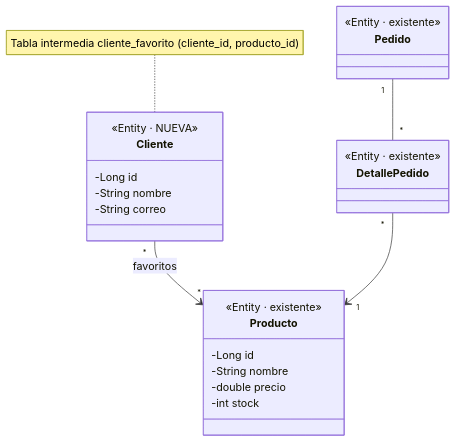
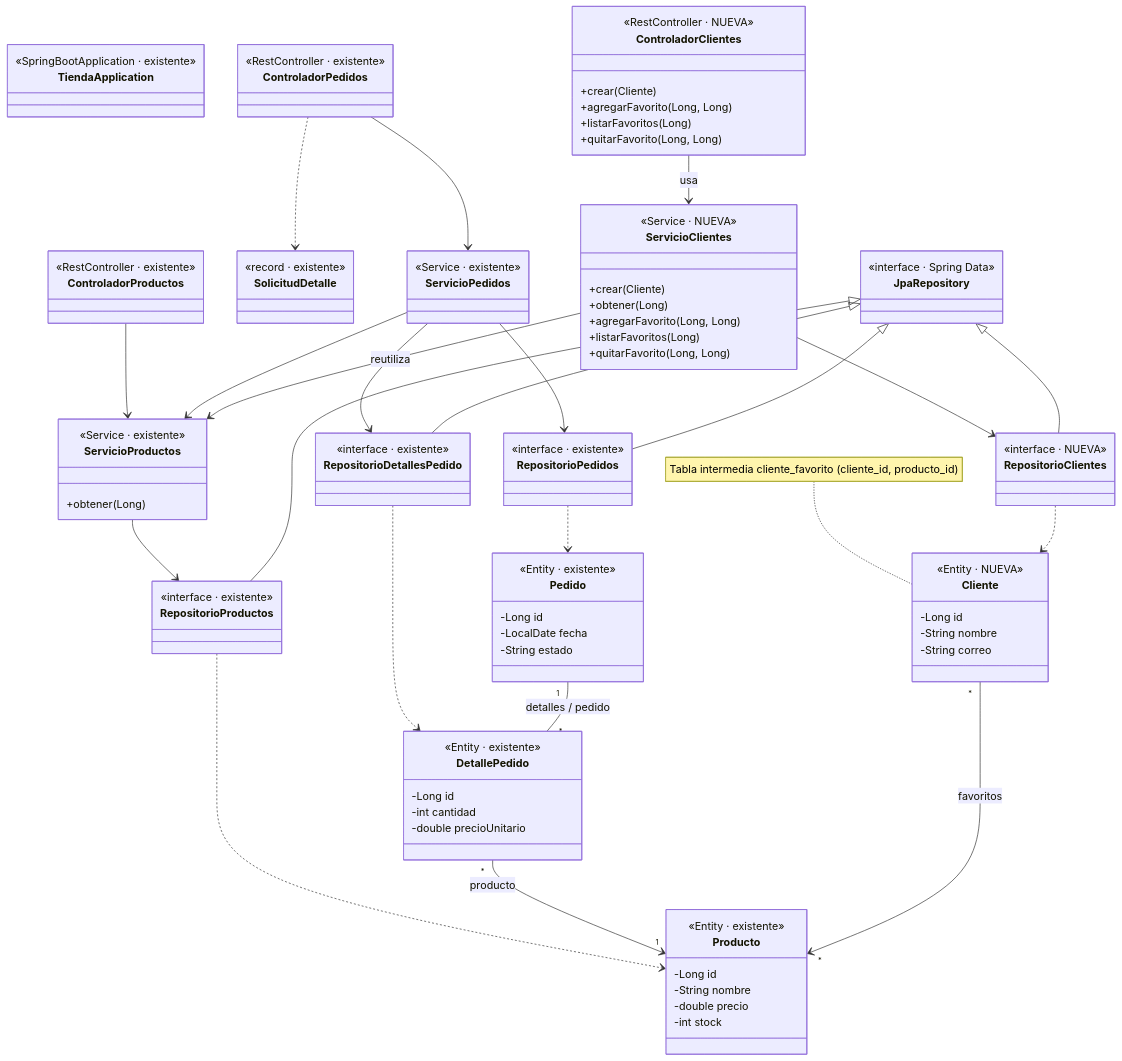
The diagram in generador-cursos/curso-spring-boot/guias/modulo-03-04/04-guia-tienda-3-muchos-a-muchos.md (crodrigr/skill-spring-boot), drawn with Mermaid before and after one commit. The commit also changed other lines of this file and 2 other files, not shown here.

````diff
--- a/generador-cursos/curso-spring-boot/guias/modulo-03-04/04-guia-tienda-3-muchos-a-muchos.md
+++ b/generador-cursos/curso-spring-boot/guias/modulo-03-04/04-guia-tienda-3-muchos-a-muchos.md
@@ -12,10 +12,18 @@
 ```mermaid
 classDiagram
-    class Cliente {
-        <<Entity · NUEVA>>
-        -Long id
-        -String nombre
-        -String correo
+    direction TB
+    class TiendaApplication {
+        <<SpringBootApplication · existente>>
+    }
+    class ControladorProductos {
+        <<RestController · existente>>
+    }
+    class ServicioProductos {
+        <<Service · existente>>
+        +obtener(Long)
+    }
+    class RepositorioProductos {
+        <<interface · existente>>
     }
     class Producto {
         <<Entity · existente>>
@@ -24,14 +32,81 @@
         -double precio
         -int stock
     }
+    class ControladorPedidos {
+        <<RestController · existente>>
+    }
+    class SolicitudDetalle {
+        <<record · existente>>
+    }
+    class ServicioPedidos {
+        <<Service · existente>>
+    }
+    class RepositorioPedidos {
+        <<interface · existente>>
+    }
+    class RepositorioDetallesPedido {
+        <<interface · existente>>
+    }
     class Pedido {
         <<Entity · existente>>
+        -Long id
+        -LocalDate fecha
+        -String estado
     }
     class DetallePedido {
         <<Entity · existente>>
+        -Long id
+        -int cantidad
+        -double precioUnitario
     }
+    class ControladorClientes {
+        <<RestController · NUEVA>>
+        +crear(Cliente)
+        +agregarFavorito(Long, Long)
+        +listarFavoritos(Long)
+        +quitarFavorito(Long, Long)
+    }
+    class ServicioClientes {
+        <<Service · NUEVA>>
+        +crear(Cliente)
+        +obtener(Long)
+        +agregarFavorito(Long, Long)
+        +listarFavoritos(Long)
+        +quitarFavorito(Long, Long)
+    }
+    class RepositorioClientes {
+        <<interface · NUEVA>>
+    }
+    class JpaRepository {
+        <<interface · Spring Data>>
+    }
+    class Cliente {
+        <<Entity · NUEVA>>
+        -Long id
+        -String nombre
+        -String correo
+    }
+
+    ControladorProductos --> ServicioProductos
+    ServicioProductos --> RepositorioProductos
+    ControladorPedidos --> ServicioPedidos
+    ControladorPedidos ..> SolicitudDetalle
+    ServicioPedidos --> RepositorioPedidos
+    ServicioPedidos --> RepositorioDetallesPedido
+    ServicioPedidos --> ServicioProductos
+    ControladorClientes --> ServicioClientes : usa
+    ServicioClientes --> RepositorioClientes
+    ServicioClientes --> ServicioProductos : reutiliza
+    JpaRepository <|-- RepositorioProductos
+    JpaRepository <|-- RepositorioPedidos
+    JpaRepository <|-- RepositorioDetallesPedido
+    JpaRepository <|-- RepositorioClientes
+    RepositorioProductos ..> Producto
+    RepositorioPedidos ..> Pedido
+    RepositorioDetallesPedido ..> DetallePedido
+    RepositorioClientes ..> Cliente
+    Pedido "1" -- "*" DetallePedido : detalles / pedido
+    DetallePedido "*" --> "1" Producto : producto
     Cliente "*" --> "*" Producto : favoritos
-    Pedido "1" -- "*" DetallePedido
-    DetallePedido "*" --> "1" Producto
     note for Cliente "Tabla intermedia cliente_favorito (cliente_id, producto_id)"
 ```
````
